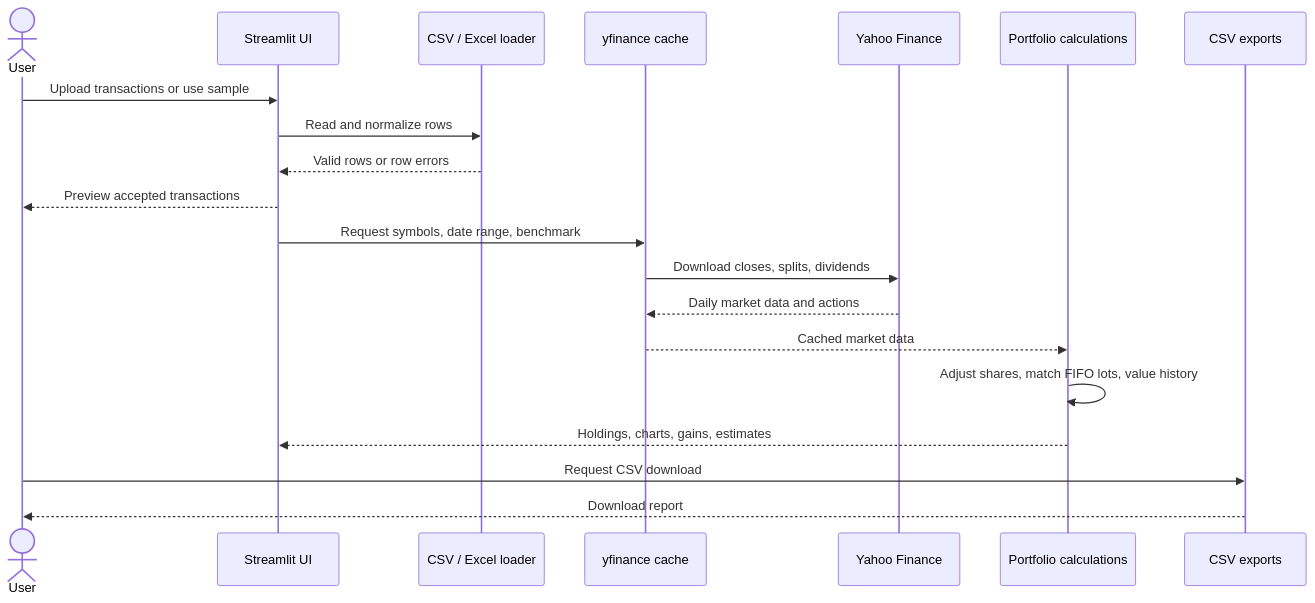
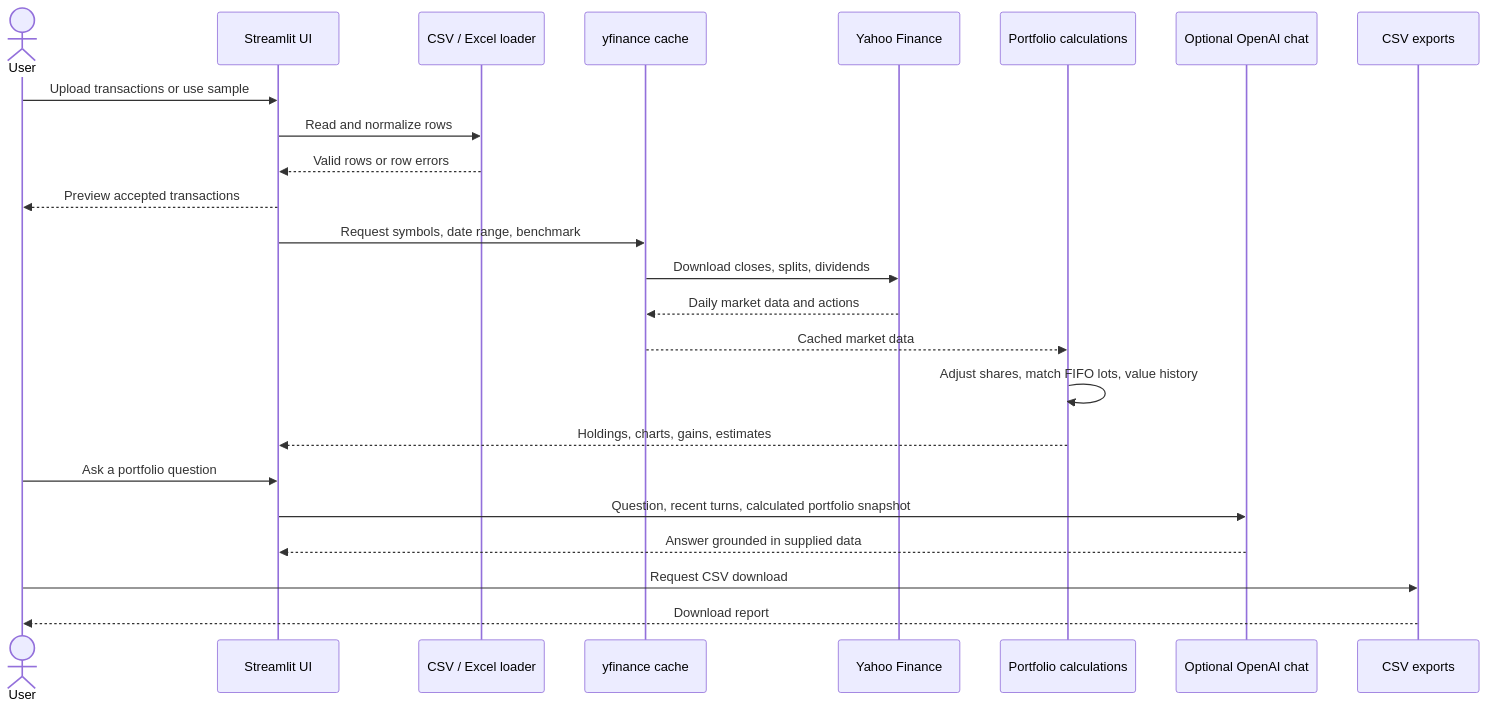
One commit to gen-ai-builder/StockPortfolio changed the second of 3 diagrams in DESIGN.md. Above: the diagram before and after it, drawn with Mermaid. The commit also changed other lines of this file and 5 other files, not shown here.

Commit message:
Add portfolio chat assistant

````diff
--- a/DESIGN.md
+++ b/DESIGN.md
@@ -89,23 +96,27 @@
 ```mermaid
 sequenceDiagram
     actor User
     participant UI as Streamlit UI
     participant Input as CSV / Excel loader
     participant Market as yfinance cache
     participant Yahoo as Yahoo Finance
     participant Calc as Portfolio calculations
+    participant Chat as Optional OpenAI chat
     participant Export as CSV exports
 
     User->>UI: Upload transactions or use sample
     UI->>Input: Read and normalize rows
     Input-->>UI: Valid rows or row errors
     UI-->>User: Preview accepted transactions
     UI->>Market: Request symbols, date range, benchmark
     Market->>Yahoo: Download closes, splits, dividends
     Yahoo-->>Market: Daily market data and actions
     Market-->>Calc: Cached market data
     Calc->>Calc: Adjust shares, match FIFO lots, value history
     Calc-->>UI: Holdings, charts, gains, estimates
+    User->>UI: Ask a portfolio question
+    UI->>Chat: Question, recent turns, calculated portfolio snapshot
+    Chat-->>UI: Answer grounded in supplied data
     User->>Export: Request CSV download
     Export-->>User: Download report
 ```
````
